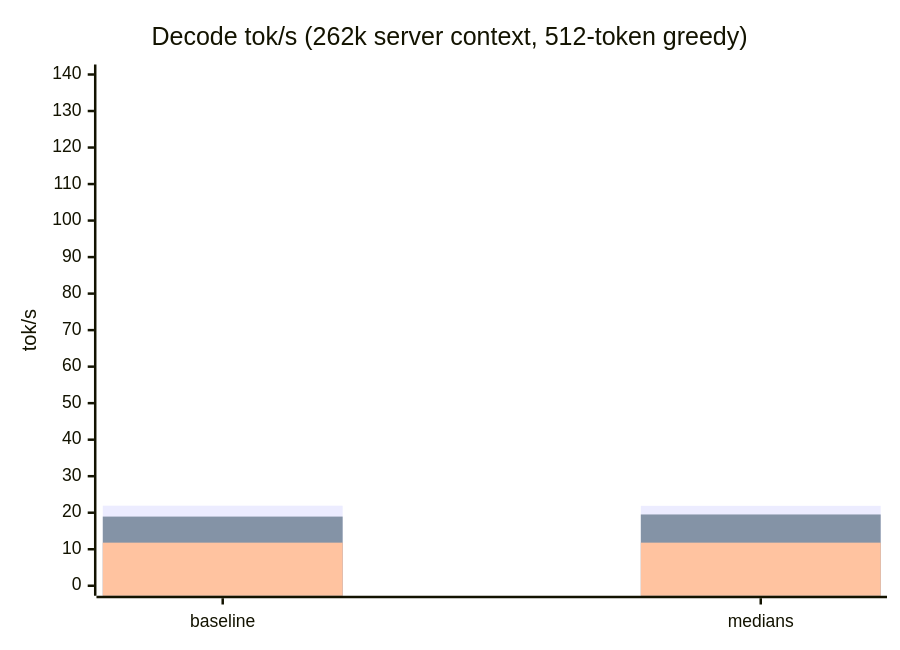
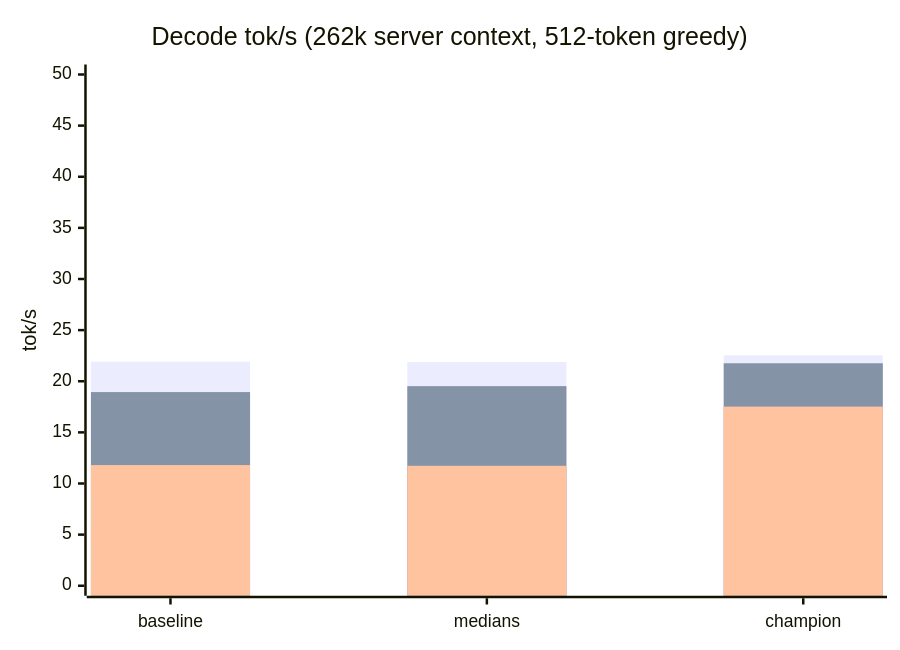
The diagram in PROGRESS.md (saatvik-viniak/qwen36-strata-project), drawn with Mermaid before and after one commit. The commit also changed other lines of this file and 10 other files, not shown here.

````diff
--- a/PROGRESS.md
+++ b/PROGRESS.md
@@ -44,9 +76,9 @@
 ```mermaid
 xychart-beta
     title "Decode tok/s (262k server context, 512-token greedy)"
-    x-axis [baseline, medians]
-    y-axis "tok/s" 0 --> 140
-    bar [21.92, 21.89]
-    bar [18.94, 19.52]
-    bar [11.8, 11.8]
+    x-axis [baseline, medians, champion]
+    y-axis "tok/s" 0 --> 50
+    bar [21.92, 21.89, 22.53]
+    bar [18.94, 19.52, 21.76]
+    bar [11.8, 11.73, 17.52]
 ```
````
